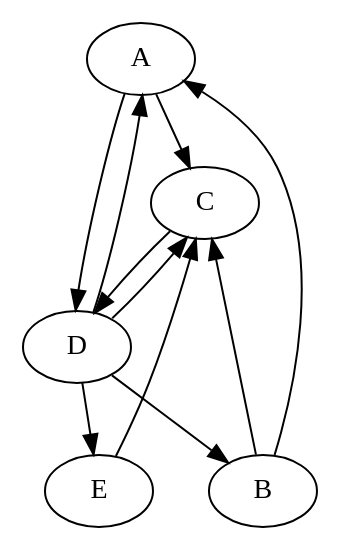
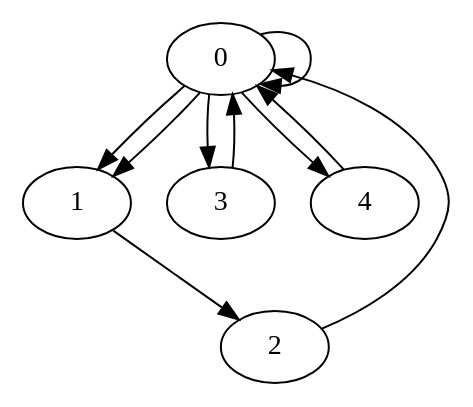
Before and after one commit to HennyJie/CS570-DataMining: the diagram in hw4/dot_file/graph1.dot, drawn with Graphviz. The commit also changed 10 other files, not shown here.

```diff
--- a/hw4/dot_file/graph1.dot
+++ b/hw4/dot_file/graph1.dot
@@ -1,12 +1,11 @@
-digraph {
-    A -> C
-    A -> D 
-    B -> A
-    B -> C
-    C -> D 
-    D -> A 
-    D -> B
-    D -> C
-    D -> E
-    E -> C
+digraph "" {
+	0 -> 0
+	0 -> 1
+	0 -> 1
+	0 -> 3
+	0 -> 4
+	1 -> 2
+	2 -> 0
+	3 -> 0
+	4 -> 0
 }
```
